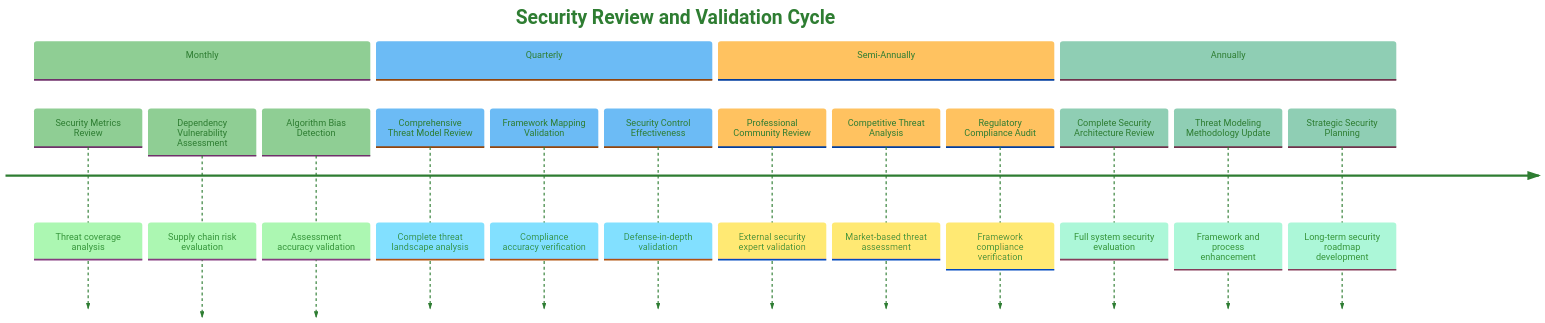
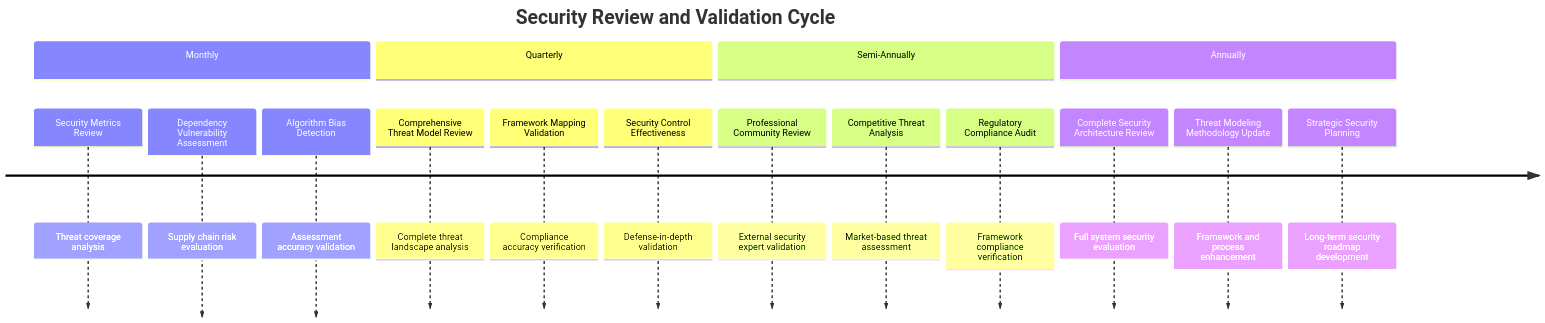
One commit to Hack23/cia-compliance-manager changed diagram 15 of 15 in docs/architecture/THREAT_MODEL.md. Above: the diagram before and after it, drawn with Mermaid. The commit also changed other lines of this file and 18 other files, not shown here.

````diff
--- a/docs/architecture/THREAT_MODEL.md
+++ b/docs/architecture/THREAT_MODEL.md
@@ -1373,32 +1317,25 @@
 ```mermaid
 %%{
   init: {
-    'theme': 'base',
-    'themeVariables': {
-      'primaryColor': '#e8f5e9',
-      'primaryTextColor': '#2e7d32',
-      'lineColor': '#4caf50',
-      'secondaryColor': '#e3f2fd',
-      'tertiaryColor': '#fff3e0'
-    }
-  }
+    'theme': 'neutral',
+}
 }%%
 timeline
     title Security Review and Validation Cycle
     section Monthly
         Security Metrics Review : Threat coverage analysis
         Dependency Vulnerability Assessment : Supply chain risk evaluation
         Algorithm Bias Detection : Assessment accuracy validation
     section Quarterly
         Comprehensive Threat Model Review : Complete threat landscape analysis
         Framework Mapping Validation : Compliance accuracy verification
         Security Control Effectiveness : Defense-in-depth validation
     section Semi-Annually
         Professional Community Review : External security expert validation
         Competitive Threat Analysis : Market-based threat assessment
         Regulatory Compliance Audit : Framework compliance verification
     section Annually
         Complete Security Architecture Review : Full system security evaluation
         Threat Modeling Methodology Update : Framework and process enhancement
         Strategic Security Planning : Long-term security roadmap development
 ```
````
